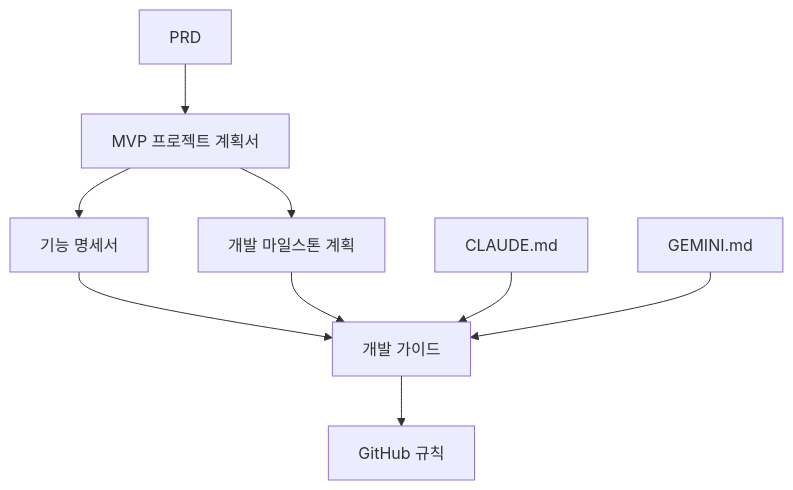
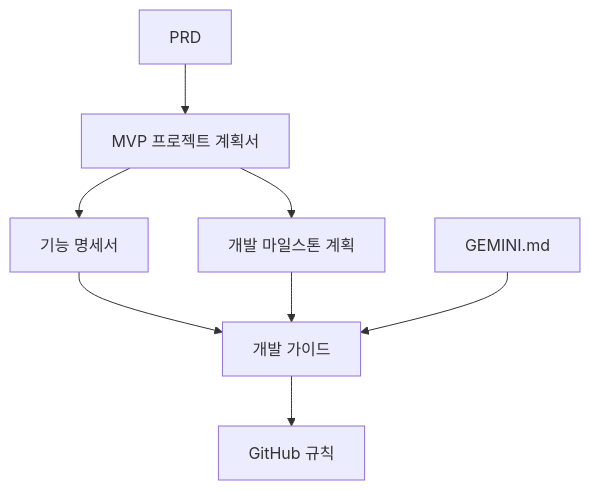
Before and after one commit to mindongdong/k-map-mvp: the diagram in README.md, drawn with Mermaid. The commit also changed other lines of this file, not shown here.

````diff
--- a/README.md
+++ b/README.md
@@ -191,11 +190,10 @@
 ```mermaid
 graph TD
     A[PRD] --> B[MVP 프로젝트 계획서]
     B --> C[기능 명세서]
     B --> D[개발 마일스톤 계획]
     C --> E[개발 가이드]
     D --> E
     E --> F[GitHub 규칙]
-    G[CLAUDE.md] --> E
     H[GEMINI.md] --> E
 ```
````
